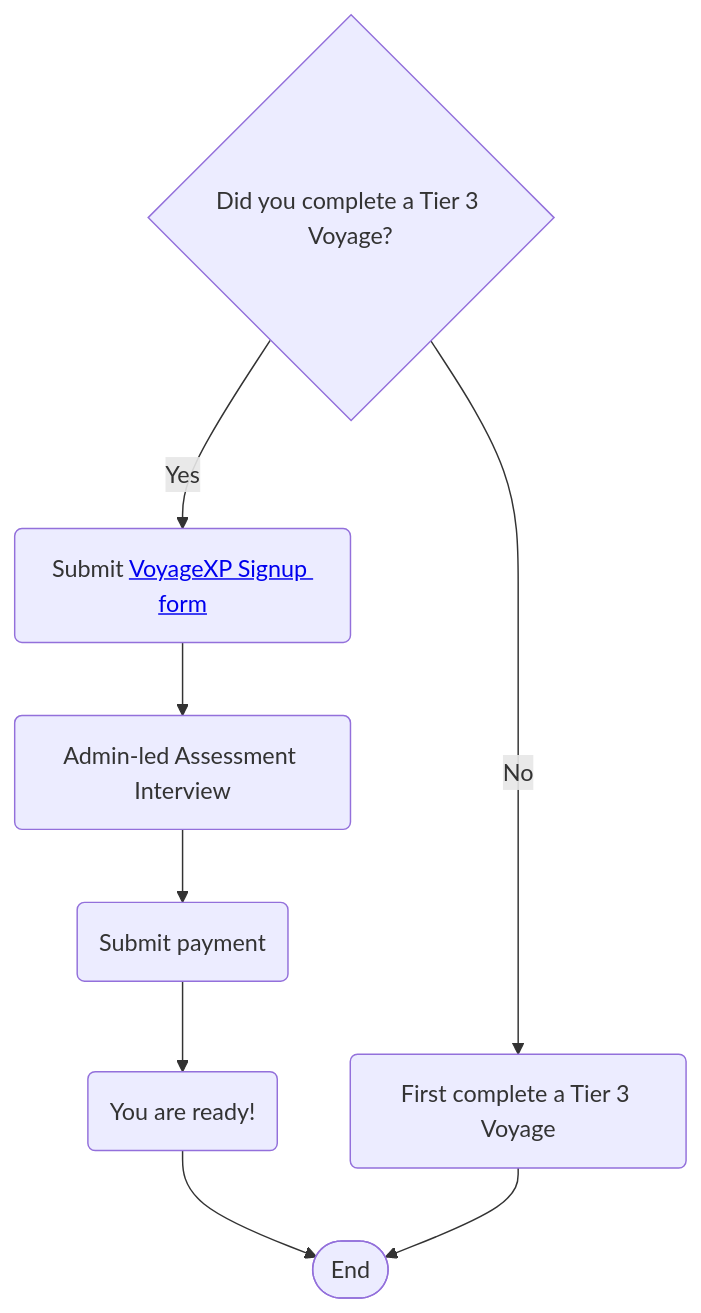
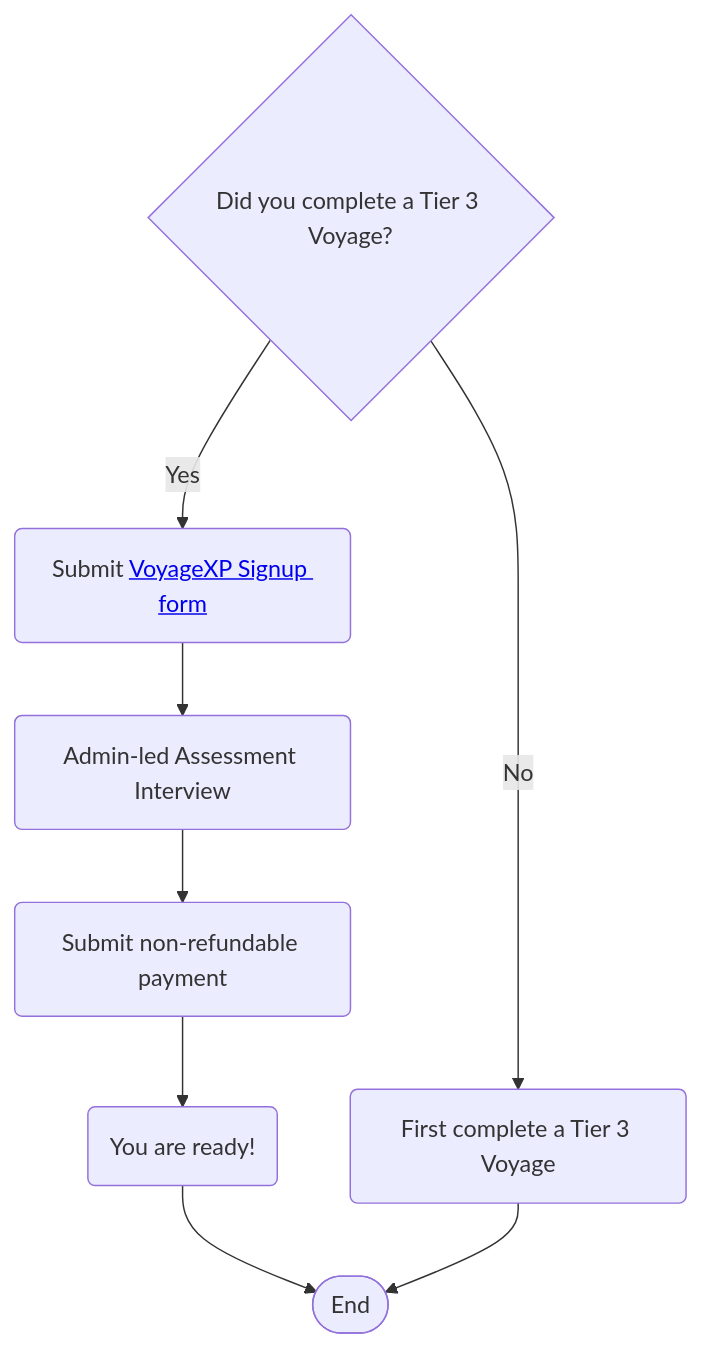
The first of 3 diagrams in docs/guides/voyagexp/voyagexp.md (chingu-voyages/Handbook), drawn with Mermaid before and after one commit.

Commit message:
Feature: Reorder VoyageXP requirements section

````diff
--- a/docs/guides/voyagexp/voyagexp.md
+++ b/docs/guides/voyagexp/voyagexp.md
@@ -66,12 +76,12 @@
 ```mermaid
 flowchart TB
   A{Did you complete a Tier 3 Voyage?};
   A -- Yes --> B(Submit <a href='https://forms.gle/dFaNuYWAjARd99qo8' target='_blank'>VoyageXP Signup form</a>);
   A -- No --> C(First complete a Tier 3 Voyage);
   B --> D(Admin-led Assessment Interview);
-  D --> E(Submit payment);
+  D --> E(Submit non-refundable payment);
   E --> F(You are ready!);
    
   F --> Z([End]);
   C --> Z([End]);
 ```
````
